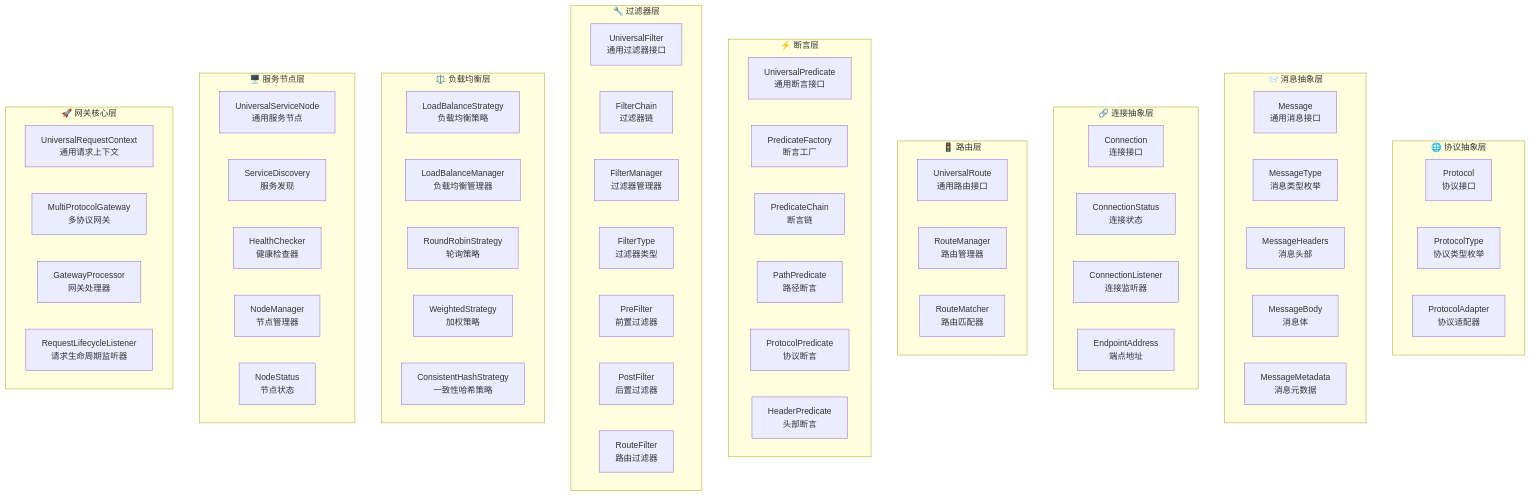
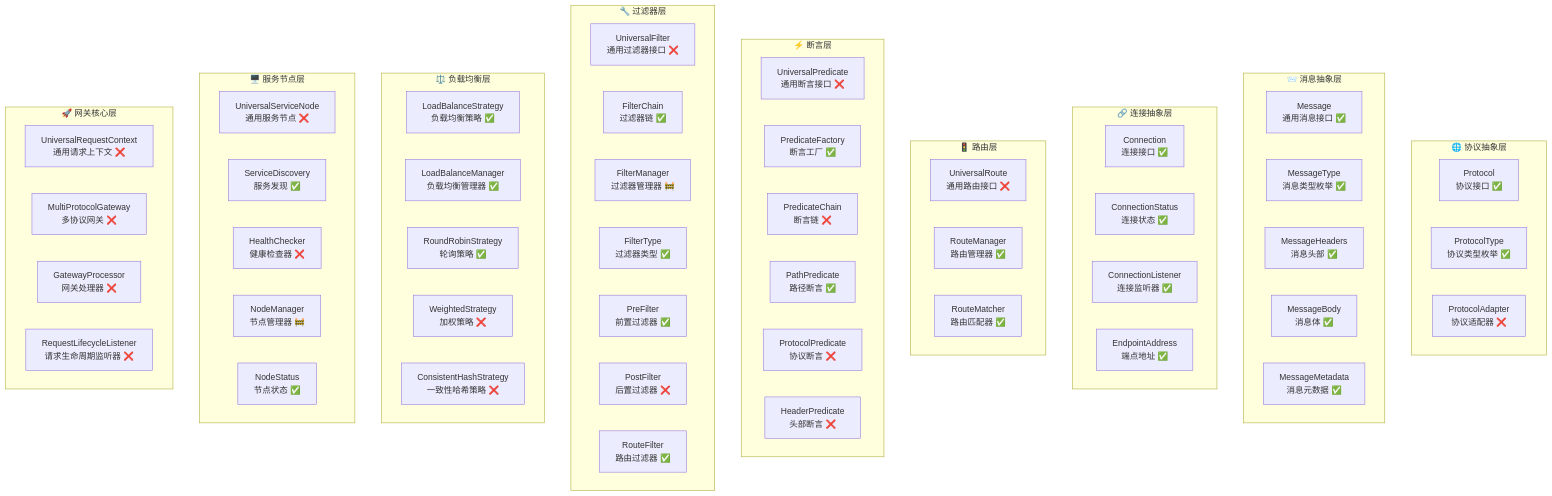
One commit to MidYoungXZ/muxin-gateway changed the first of 2 diagrams in muxin-gateway/doc/协议无关网关架构设计文档.md. Above: the diagram before and after it, drawn with Mermaid. The commit also changed other lines of this file and 6 other files, not shown here.

````diff
--- a/muxin-gateway/doc/协议无关网关架构设计文档.md
+++ b/muxin-gateway/doc/协议无关网关架构设计文档.md
@@ -248,80 +270,80 @@
 ```mermaid
 graph TB
     %% 协议抽象层
     subgraph ProtocolLayer["🌐 协议抽象层"]
-        Protocol[Protocol<br/>协议接口]
-        ProtocolType[ProtocolType<br/>协议类型枚举]
-        ProtocolAdapter[ProtocolAdapter<br/>协议适配器]
+        Protocol[Protocol<br/>协议接口 ✅]
+        ProtocolType[ProtocolType<br/>协议类型枚举 ✅]
+        ProtocolAdapter[ProtocolAdapter<br/>协议适配器 ❌]
     end
     
     %% 消息抽象层
     subgraph MessageLayer["📨 消息抽象层"]
-        Message[Message<br/>通用消息接口]
-        MessageType[MessageType<br/>消息类型枚举]
-        MessageHeaders[MessageHeaders<br/>消息头部]
-        MessageBody[MessageBody<br/>消息体]
-        MessageMetadata[MessageMetadata<br/>消息元数据]
+        Message[Message<br/>通用消息接口 ✅]
+        MessageType[MessageType<br/>消息类型枚举 ✅]
+        MessageHeaders[MessageHeaders<br/>消息头部 ✅]
+        MessageBody[MessageBody<br/>消息体 ✅]
+        MessageMetadata[MessageMetadata<br/>消息元数据 ✅]
     end
     
     %% 连接抽象层
     subgraph ConnectionLayer["🔗 连接抽象层"]
-        Connection[Connection<br/>连接接口]
-        ConnectionStatus[ConnectionStatus<br/>连接状态]
-        ConnectionListener[ConnectionListener<br/>连接监听器]
-        EndpointAddress[EndpointAddress<br/>端点地址]
+        Connection[Connection<br/>连接接口 ✅]
+        ConnectionStatus[ConnectionStatus<br/>连接状态 ✅]
+        ConnectionListener[ConnectionListener<br/>连接监听器 ✅]
+        EndpointAddress[EndpointAddress<br/>端点地址 ✅]
     end
     
     %% 路由层
     subgraph RouteLayer["🚦 路由层"]
-        UniversalRoute[UniversalRoute<br/>通用路由接口]
-        RouteManager[RouteManager<br/>路由管理器]
-        RouteMatcher[RouteMatcher<br/>路由匹配器]
+        UniversalRoute[UniversalRoute<br/>通用路由接口 ❌]
+        RouteManager[RouteManager<br/>路由管理器 ✅]
+        RouteMatcher[RouteMatcher<br/>路由匹配器 ✅]
     end
     
     %% 断言层
     subgraph PredicateLayer["⚡ 断言层"]
-        UniversalPredicate[UniversalPredicate<br/>通用断言接口]
-        PredicateFactory[PredicateFactory<br/>断言工厂]
-        PredicateChain[PredicateChain<br/>断言链]
-        PathPredicate[PathPredicate<br/>路径断言]
-        ProtocolPredicate[ProtocolPredicate<br/>协议断言]
-        HeaderPredicate[HeaderPredicate<br/>头部断言]
+        UniversalPredicate[UniversalPredicate<br/>通用断言接口 ❌]
+        PredicateFactory[PredicateFactory<br/>断言工厂 ✅]
+        PredicateChain[PredicateChain<br/>断言链 ❌]
+        PathPredicate[PathPredicate<br/>路径断言 ✅]
+        ProtocolPredicate[ProtocolPredicate<br/>协议断言 ❌]
+        HeaderPredicate[HeaderPredicate<br/>头部断言 ❌]
     end
     
     %% 过滤器层
     subgraph FilterLayer["🔧 过滤器层"]
-        UniversalFilter[UniversalFilter<br/>通用过滤器接口]
-        FilterChain[FilterChain<br/>过滤器链]
-        FilterManager[FilterManager<br/>过滤器管理器]
-        FilterType[FilterType<br/>过滤器类型]
-        PreFilter[PreFilter<br/>前置过滤器]
-        PostFilter[PostFilter<br/>后置过滤器]
-        RouteFilter[RouteFilter<br/>路由过滤器]
+        UniversalFilter[UniversalFilter<br/>通用过滤器接口 ❌]
+        FilterChain[FilterChain<br/>过滤器链 ✅]
+        FilterManager[FilterManager<br/>过滤器管理器 🚧]
+        FilterType[FilterType<br/>过滤器类型 ✅]
+        PreFilter[PreFilter<br/>前置过滤器 ✅]
+        PostFilter[PostFilter<br/>后置过滤器 ❌]
+        RouteFilter[RouteFilter<br/>路由过滤器 ✅]
     end
     
     %% 负载均衡层
     subgraph LoadBalanceLayer["⚖️ 负载均衡层"]
-        LoadBalanceStrategy[LoadBalanceStrategy<br/>负载均衡策略]
-        LoadBalanceManager[LoadBalanceManager<br/>负载均衡管理器]
-        RoundRobinStrategy[RoundRobinStrategy<br/>轮询策略]
-        WeightedStrategy[WeightedStrategy<br/>加权策略]
-        ConsistentHashStrategy[ConsistentHashStrategy<br/>一致性哈希策略]
+        LoadBalanceStrategy[LoadBalanceStrategy<br/>负载均衡策略 ✅]
+        LoadBalanceManager[LoadBalanceManager<br/>负载均衡管理器 ✅]
+        RoundRobinStrategy[RoundRobinStrategy<br/>轮询策略 ✅]
+        WeightedStrategy[WeightedStrategy<br/>加权策略 ❌]
+        ConsistentHashStrategy[ConsistentHashStrategy<br/>一致性哈希策略 ❌]
     end
     
     %% 服务节点层
     subgraph NodeLayer["🖥️ 服务节点层"]
-        UniversalServiceNode[UniversalServiceNode<br/>通用服务节点]
-        ServiceDiscovery[ServiceDiscovery<br/>服务发现]
-        HealthChecker[HealthChecker<br/>健康检查器]
-        NodeManager[NodeManager<br/>节点管理器]
-        NodeStatus[NodeStatus<br/>节点状态]
+        UniversalServiceNode[UniversalServiceNode<br/>通用服务节点 ❌]
+        ServiceDiscovery[ServiceDiscovery<br/>服务发现 ✅]
+        HealthChecker[HealthChecker<br/>健康检查器 ❌]
+        NodeManager[NodeManager<br/>节点管理器 🚧]
+        NodeStatus[NodeStatus<br/>节点状态 ✅]
     end
     
     %% 网关核心层
     subgraph GatewayCore["🚀 网关核心层"]
-        UniversalRequestContext[UniversalRequestContext<br/>通用请求上下文]
-        MultiProtocolGateway[MultiProtocolGateway<br/>多协议网关]
-        GatewayProcessor[GatewayProcessor<br/>网关处理器]
-        RequestLifecycleListener[RequestLifecycleListener<br/>请求生命周期监听器]
+        UniversalRequestContext[UniversalRequestContext<br/>通用请求上下文 ❌]
+        MultiProtocolGateway[MultiProtocolGateway<br/>多协议网关 ❌]
+        GatewayProcessor[GatewayProcessor<br/>网关处理器 ❌]
+        RequestLifecycleListener[RequestLifecycleListener<br/>请求生命周期监听器 ❌]
     end
 ```
````
